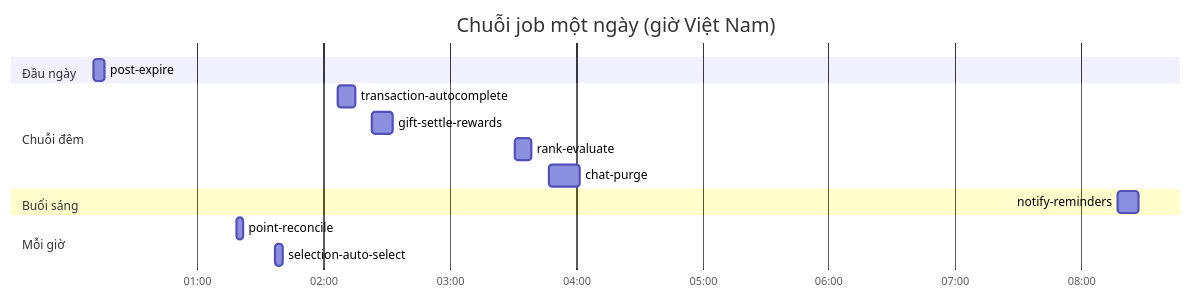
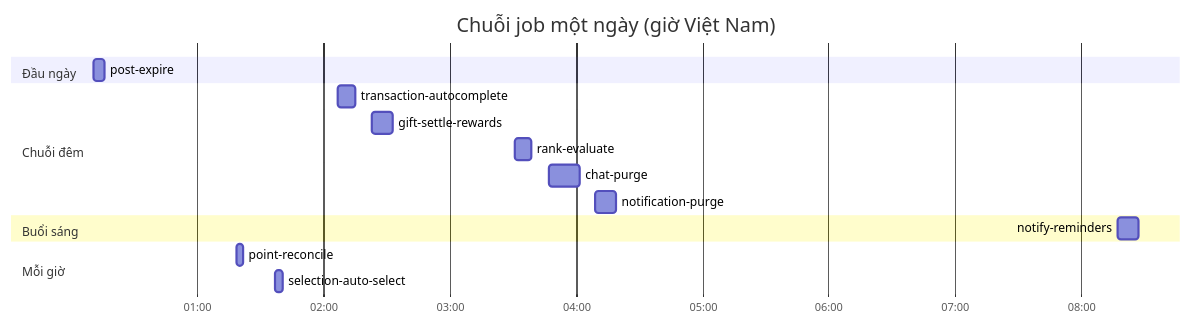
One commit to fdshn/trueheart changed the fifth of 7 diagrams in docs/diagram/17-jobs.md. Above: the diagram before and after it, drawn with Mermaid. The commit also changed other lines of this file and 25 other files, not shown here.

````diff
--- a/docs/diagram/17-jobs.md
+++ b/docs/diagram/17-jobs.md
@@ -118,18 +119,19 @@
 ```mermaid
 gantt
     title Chuỗi job một ngày (giờ Việt Nam)
     dateFormat HH:mm
     axisFormat %H:%M
     section Đầu ngày
     post-expire            :00:11, 5m
     section Chuỗi đêm
     transaction-autocomplete :02:07, 8m
     gift-settle-rewards      :02:23, 10m
     rank-evaluate            :03:31, 8m
     chat-purge               :03:47, 15m
+    notification-purge       :04:09, 10m
     section Buổi sáng
     notify-reminders       :08:17, 10m
     section Mỗi giờ
     point-reconcile        :01:19, 3m
     selection-auto-select  :01:37, 4m
 ```
````
